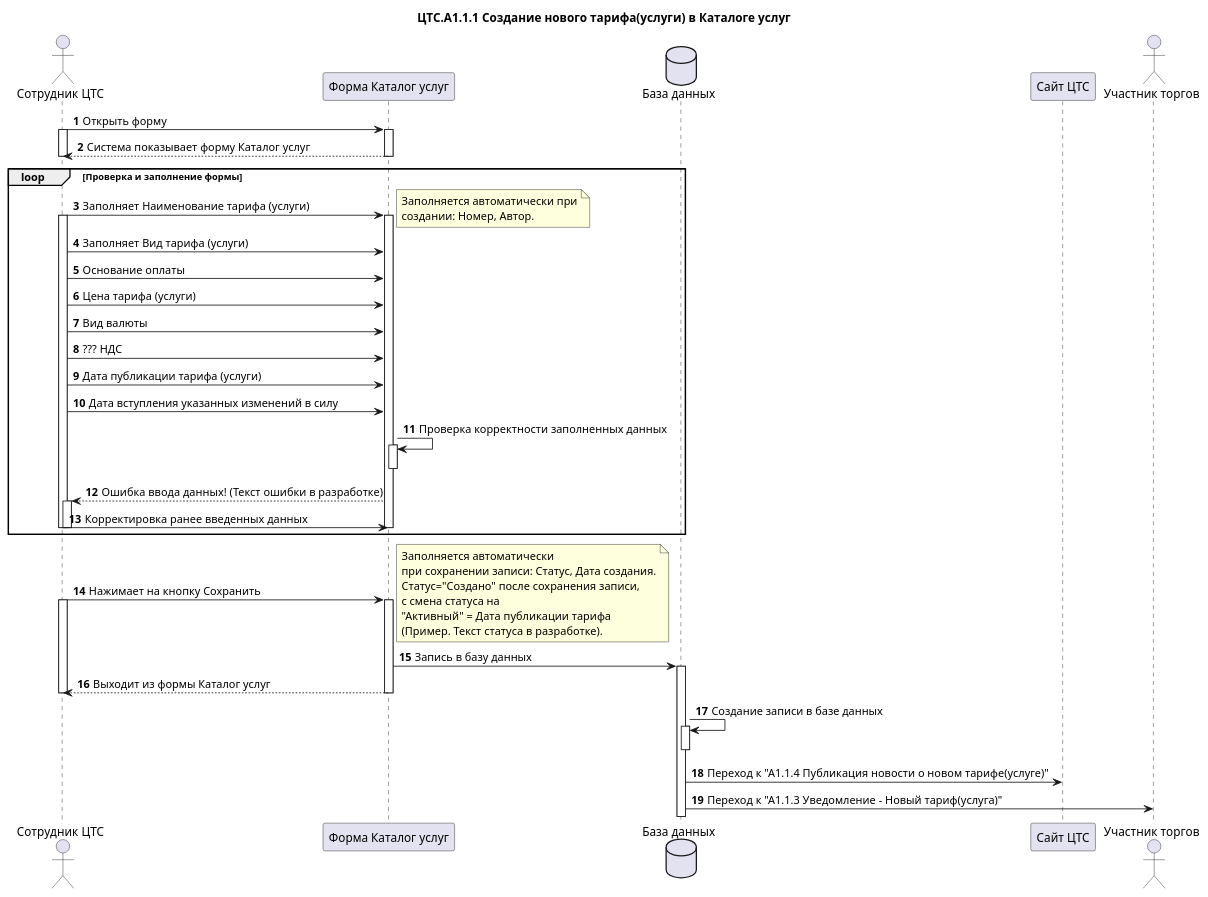
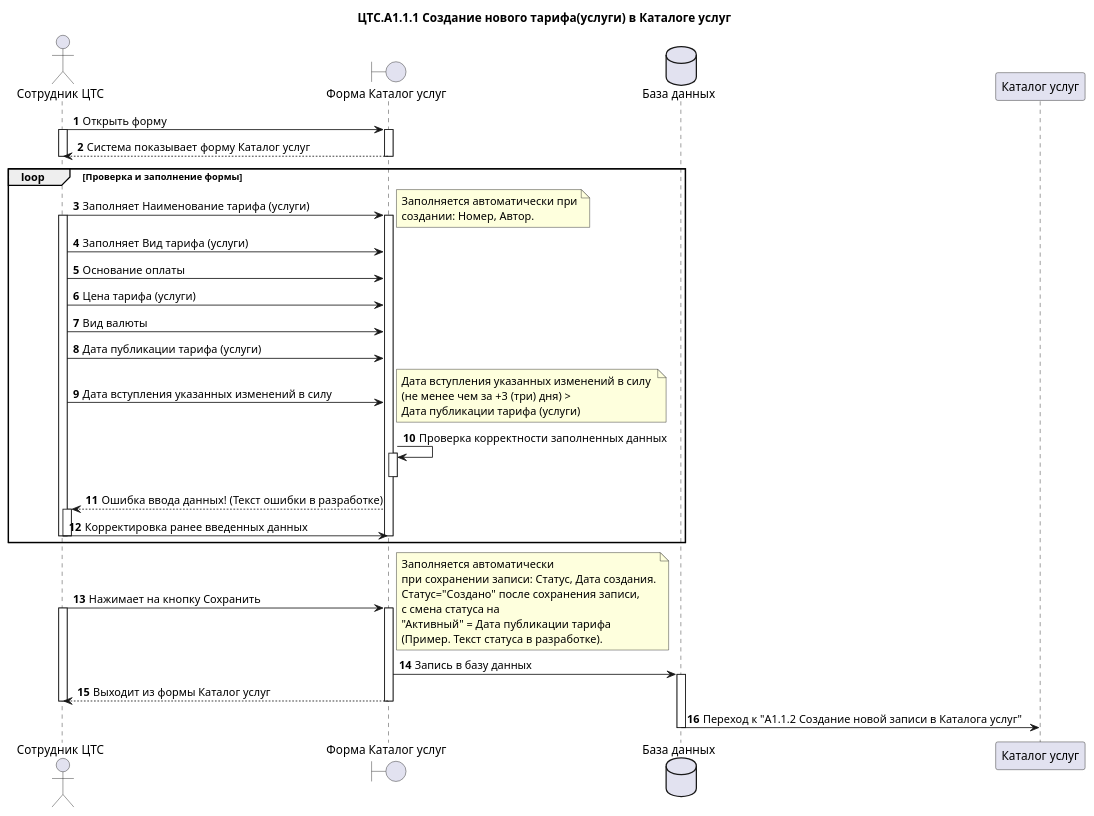
The diagram in Project solutions/БП. Диаграммы/А1.Каталог услуг/ЦТС.A1.1 Новый тариф (услуга)/ЦТС.А1.1.1 Создание нового тарифа(услуги) в Каталоге услуг.wsd (moaxmoaxpxrf4jag/CTS.Documentation), drawn with PlantUML before and after one commit. The commit also changed 2 other files, not shown here.

```diff
--- a/Project solutions/БП. Диаграммы/А1.Каталог услуг/ЦТС.A1.1 Новый тариф (услуга)/ЦТС.А1.1.1 Создание нового тарифа(услуги) в Каталоге услуг.wsd
+++ b/Project solutions/БП. Диаграммы/А1.Каталог услуг/ЦТС.A1.1 Новый тариф (услуга)/ЦТС.А1.1.1 Создание нового тарифа(услуги) в Каталоге услуг.wsd
@@ -1,95 +1,90 @@
 @startuml "ЦТС.A1.1 Новый тариф (услуга)"
 title "ЦТС.А1.1.1 Создание нового тарифа(услуги) в Каталоге услуг"
 actor "Сотрудник ЦТС" as UserCTS
-participant "Форма Каталог услуг" as СatalogService
+boundary "Форма Каталог услуг" as СatalogServiceForm
 database "База данных" as Database
-participant "Сайт ЦТС" as SiteCTS
-actor "Участник торгов" as User
+participant "Каталог услуг" as СatalogService
 
 autonumber
+UserCTS -> СatalogServiceForm: Открыть форму
+activate UserCTS
+activate СatalogServiceForm
 
-autonumber
-UserCTS -> СatalogService: Открыть форму
-activate UserCTS
-activate СatalogService
-
-СatalogService-->UserCTS: Система показывает форму Каталог услуг
+СatalogServiceForm-->UserCTS: Система показывает форму Каталог услуг
 deactivate UserCTS
-deactivate СatalogService
+deactivate СatalogServiceForm
 
 loop Проверка и заполнение формы
  
-    UserCTS->СatalogService: Заполняет Наименование тарифа (услуги)
+    UserCTS->СatalogServiceForm: Заполняет Наименование тарифа (услуги)
     
     activate UserCTS
-    activate СatalogService
+    activate СatalogServiceForm
     
     note right
     Заполняется автоматически при
     создании: Номер, Автор.
     end note
 
-    UserCTS->СatalogService: Заполняет Вид тарифа (услуги)
-    UserCTS->СatalogService: Основание оплаты
-    UserCTS->СatalogService: Цена тарифа (услуги)
-    UserCTS->СatalogService: Вид валюты
-    UserCTS->СatalogService: ??? НДС
+    UserCTS->СatalogServiceForm: Заполняет Вид тарифа (услуги)
+    UserCTS->СatalogServiceForm: Основание оплаты
+    UserCTS->СatalogServiceForm: Цена тарифа (услуги)
+    UserCTS->СatalogServiceForm: Вид валюты
 
-    UserCTS->СatalogService: Дата публикации тарифа (услуги)
-    UserCTS->СatalogService: Дата вступления указанных изменений в силу
+    UserCTS->СatalogServiceForm: Дата публикации тарифа (услуги)
+    UserCTS->СatalogServiceForm: Дата вступления указанных изменений в силу
+    note right
+    Дата вступления указанных изменений в силу 
+    (не менее чем за +3 (три) дня) >
+    Дата публикации тарифа (услуги)
+    end note
 
-    СatalogService -> СatalogService: Проверка корректности заполненных данных 
-    activate СatalogService
-    deactivate СatalogService
-    СatalogService --> UserCTS: Ошибка ввода данных! (Текст ошибки в разработке) 
+    СatalogServiceForm -> СatalogServiceForm: Проверка корректности заполненных данных 
+    activate СatalogServiceForm
+    deactivate СatalogServiceForm
+    СatalogServiceForm --> UserCTS: Ошибка ввода данных! (Текст ошибки в разработке) 
  
     activate UserCTS
-    UserCTS->СatalogService: Корректировка ранее введенных данных
+    UserCTS->СatalogServiceForm: Корректировка ранее введенных данных
     deactivate UserCTS
 deactivate UserCTS
-deactivate СatalogService
+deactivate СatalogServiceForm
 end
 
-UserCTS->СatalogService: Нажимает на кнопку Сохранить
+UserCTS->СatalogServiceForm: Нажимает на кнопку Сохранить
 activate UserCTS
-activate СatalogService
+activate СatalogServiceForm
 note right
     Заполняется автоматически 
     при сохранении записи: Статус, Дата создания.
     Статус="Создано" после сохранения записи,
     c смена статуса на
     "Активный" = Дата публикации тарифа
     (Пример. Текст статуса в разработке). 
 end note
 
-СatalogService->Database: Запись в базу данных
+СatalogServiceForm->Database: Запись в базу данных
 activate Database
-СatalogService-->UserCTS: Выходит из формы Каталог услуг
+СatalogServiceForm-->UserCTS: Выходит из формы Каталог услуг
 
 deactivate UserCTS
-deactivate СatalogService
+deactivate СatalogServiceForm
 
-Database->Database: Создание записи в базе данных
-
-activate Database
+Database->СatalogService: Переход к "A1.1.2 Создание новой записи в Каталога услуг"
 deactivate Database
-
-Database->SiteCTS: Переход к "А1.1.4 Публикация новости о новом тарифе(услуге)"
-Database->User: Переход к "А1.1.3 Уведомление - Новый тариф(услуга)"
-
 ' ЦТС.A1.1.2 Создание новой записи в Каталога услуг
 ' ЦТС.A1.1.3 Уведомление-Новый тариф(услуга)
 ' ЦТС.A1.1.4 Публикация новости о новом тарифе(услуге)
 
 ' ЦТС.A1.2 Изменение тарифа (услуги)
 ' ЦТС.A1.2.1 Изменение записи тарифа(услуги)
 ' ЦТС.A1.2.2 Создание записи о изменение в Каталога услуг
 ' ЦТС.A1.2.3 Уведомление-Изменение в тарифе(услуге)
 ' ЦТС.A1.2.4 Публикация новости о изменение в тарифе(услуге)
 
 ' ЦТС.A1.3 Деактивированные тарифа(услуги)
 ' ЦТС.A1.3.1 Деактивация записи тарифа(услуги)
 ' ЦТС.A1.3.2 Создание записи о деактивации в Каталога услуг
 ' ЦТС.A1.3.3 Уведомление-Деактивировали тариф(услугу)
 ' ЦТС.A1.3.4 Публикация новости о деактивации тарифа(услуги)
 @enduml
```
